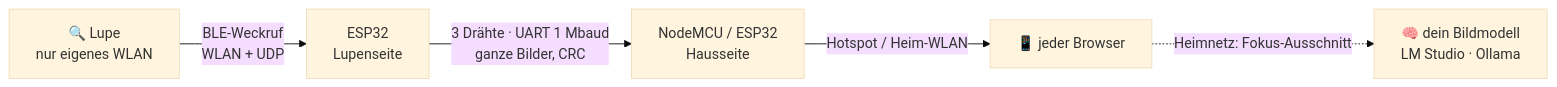
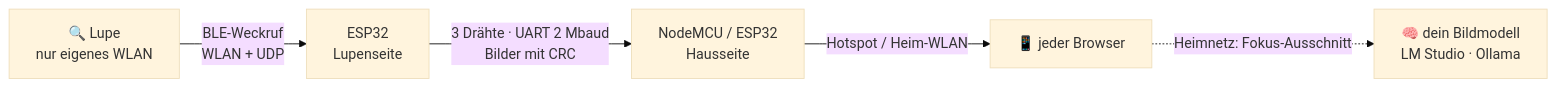
Before and after one commit to ElektroGandhi/PlatinenLupe: the diagram in README.de.md, drawn with Mermaid (base theme). The commit also changed other lines of this file and 7 other files, not shown here.

````diff
--- a/README.de.md
+++ b/README.de.md
@@ -105,7 +105,7 @@
 ```mermaid
 flowchart LR
   L["🔍 Lupe<br/>nur eigenes WLAN"] -- "BLE-Weckruf<br/>WLAN + UDP" --> A["ESP32<br/>Lupenseite"]
-  A -- "3 Drähte · UART 1 Mbaud<br/>ganze Bilder, CRC" --> B["NodeMCU / ESP32<br/>Hausseite"]
+  A -- "3 Drähte · UART 2 Mbaud<br/>Bilder mit CRC" --> B["NodeMCU / ESP32<br/>Hausseite"]
   B -- "Hotspot / Heim-WLAN" --> P["📱 jeder Browser"]
   P -. "Heimnetz: Fokus-Ausschnitt" .-> M["🧠 dein Bildmodell<br/>LM Studio · Ollama"]
 ```
````
